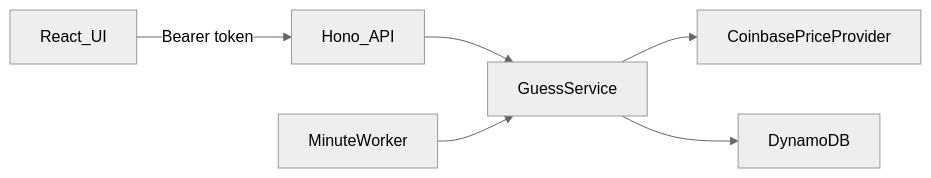
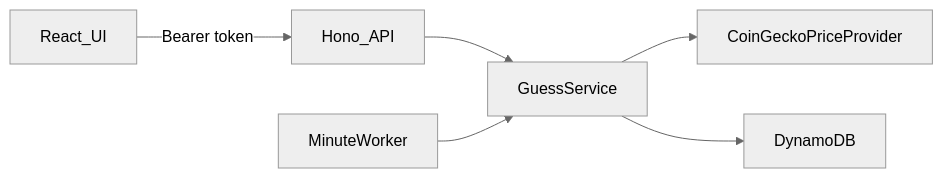
The diagram in README.md (angielamarchlewska252-maker/epilot-task), drawn with Mermaid (neutral theme) before and after one commit. The commit also changed other lines of this file and 10 other files, not shown here.

Commit message:
Use CoinGecko for the live Bitcoin price.

````diff
--- a/README.md
+++ b/README.md
@@ -35,14 +35,14 @@
 ```mermaid
 flowchart LR
   web[React_UI]
   api[Hono_API]
   game[GuessService]
-  prices[CoinbasePriceProvider]
+  prices[CoinGeckoPriceProvider]
   db[DynamoDB]
   worker[MinuteWorker]
   web -->|"Bearer token"| api
   api --> game
   game --> prices
   game --> db
   worker --> game
 ```
````
